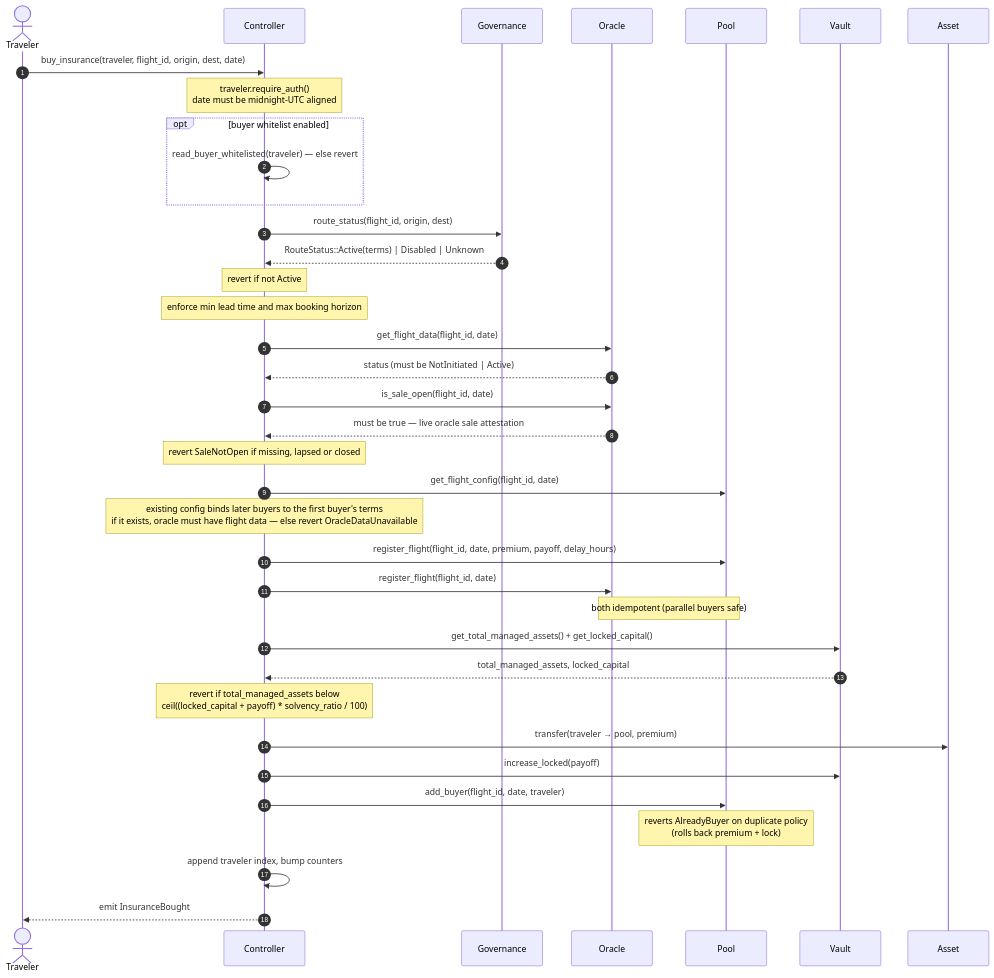
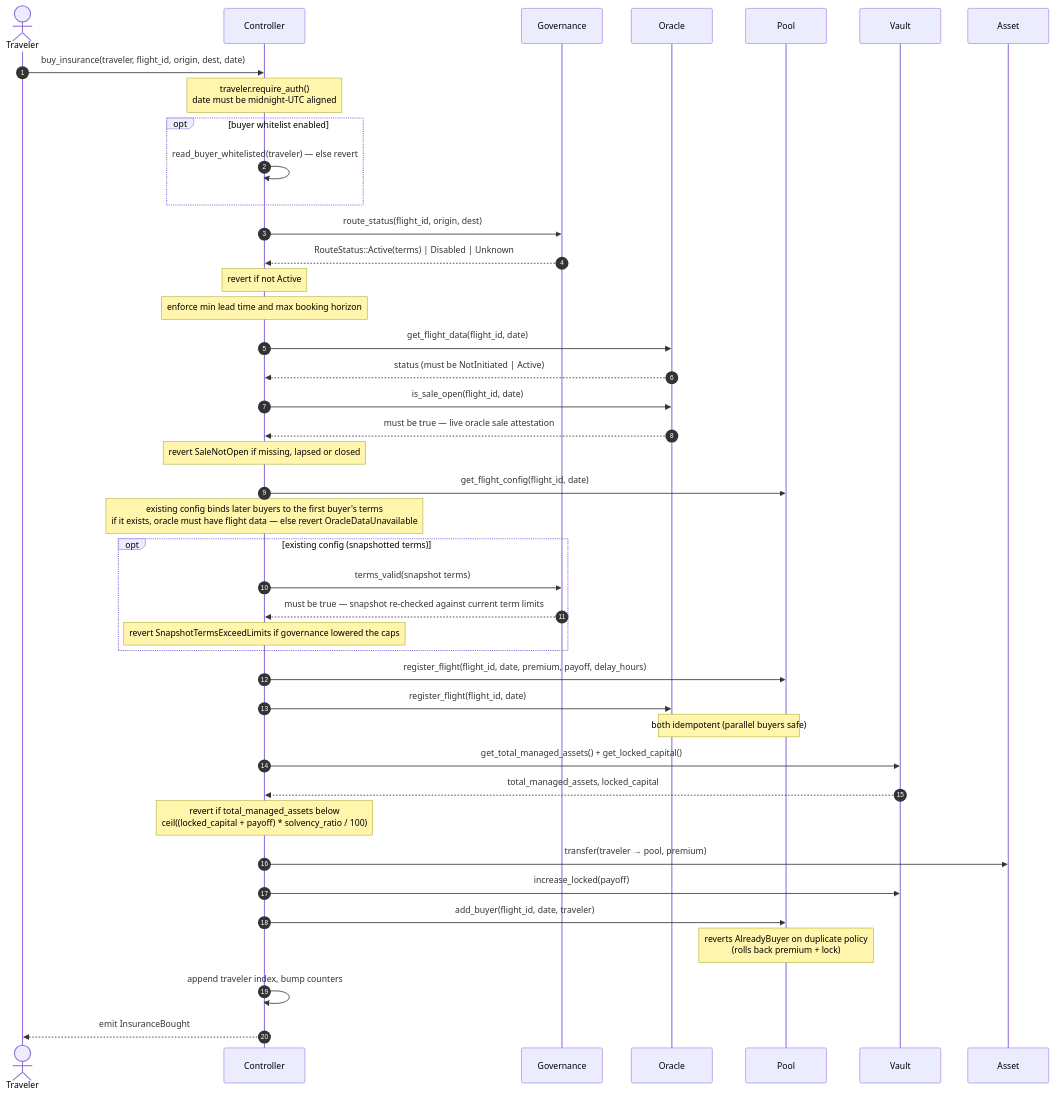
One commit to SentinelFi/sentinel_soroban_v3 changed the third of 6 diagrams in sequence_diagrams.md. Above: the diagram before and after it, drawn with Mermaid. The commit also changed other lines of this file and 25 other files, not shown here.

````diff
--- a/sequence_diagrams.md
+++ b/sequence_diagrams.md
@@ -116,47 +116,52 @@
 ```mermaid
 sequenceDiagram
     autonumber
     actor Traveler
     participant Ctrl as Controller
     participant Gov as Governance
     participant Oracle as Oracle
     participant Pool as Pool
     participant Vault as Vault
     participant Asset as Asset
 
     Traveler->>Ctrl: buy_insurance(traveler, flight_id, origin, dest, date)
     Note over Ctrl: traveler.require_auth()<br/>date must be midnight-UTC aligned
     opt buyer whitelist enabled
         Ctrl->>Ctrl: read_buyer_whitelisted(traveler) — else revert
     end
 
     Ctrl->>Gov: route_status(flight_id, origin, dest)
     Gov-->>Ctrl: RouteStatus::Active(terms) | Disabled | Unknown
     Note over Ctrl: revert if not Active
 
     Note over Ctrl: enforce min lead time and max booking horizon
     Ctrl->>Oracle: get_flight_data(flight_id, date)
     Oracle-->>Ctrl: status (must be NotInitiated | Active)
     Ctrl->>Oracle: is_sale_open(flight_id, date)
     Oracle-->>Ctrl: must be true — live oracle sale attestation
     Note over Ctrl: revert SaleNotOpen if missing, lapsed or closed
 
     Ctrl->>Pool: get_flight_config(flight_id, date)
     Note over Ctrl: existing config binds later buyers to the first buyer's terms<br/>if it exists, oracle must have flight data — else revert OracleDataUnavailable
+    opt existing config (snapshotted terms)
+        Ctrl->>Gov: terms_valid(snapshot terms)
+        Gov-->>Ctrl: must be true — snapshot re-checked against current term limits
+        Note over Ctrl: revert SnapshotTermsExceedLimits if governance lowered the caps
+    end
 
     Ctrl->>Pool: register_flight(flight_id, date, premium, payoff, delay_hours)
     Ctrl->>Oracle: register_flight(flight_id, date)
     Note over Pool,Oracle: both idempotent (parallel buyers safe)
 
     Ctrl->>Vault: get_total_managed_assets() + get_locked_capital()
     Vault-->>Ctrl: total_managed_assets, locked_capital
     Note over Ctrl: revert if total_managed_assets below<br/>ceil((locked_capital + payoff) * solvency_ratio / 100)
 
     Ctrl->>Asset: transfer(traveler → pool, premium)
     Ctrl->>Vault: increase_locked(payoff)
     Ctrl->>Pool: add_buyer(flight_id, date, traveler)
     Note over Pool: reverts AlreadyBuyer on duplicate policy<br/>(rolls back premium + lock)
 
     Ctrl->>Ctrl: append traveler index, bump counters
     Ctrl-->>Traveler: emit InsuranceBought
 ```
````
